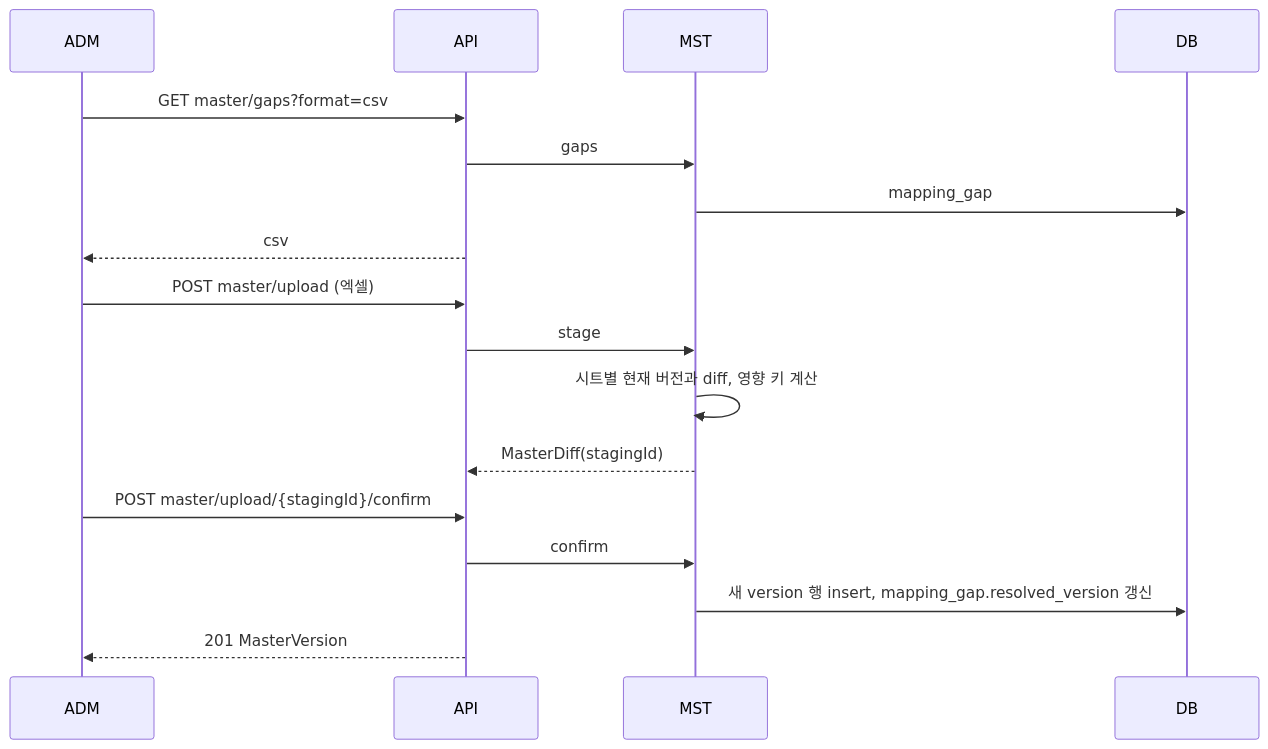
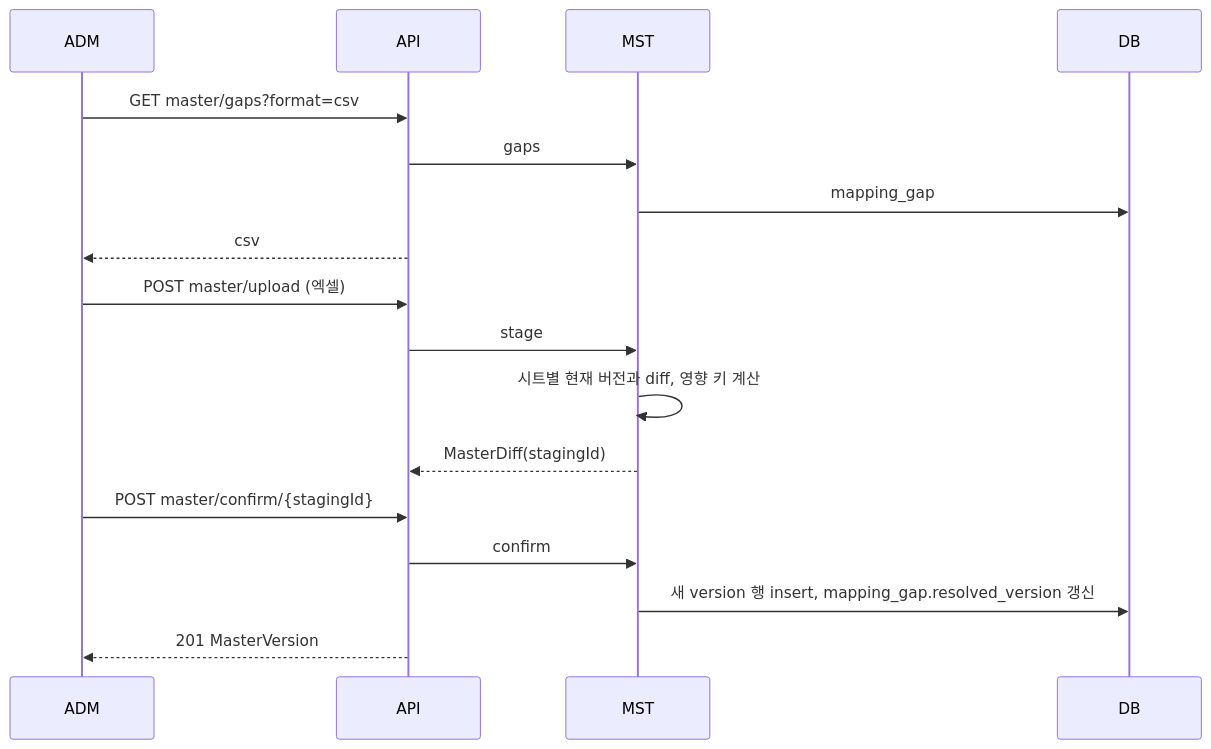
The ninth of 10 diagrams in docs/specs/09-SEQ/TBL-SEQ-001.md (HoyoungParkme/tableau_platform), drawn with Mermaid before and after one commit. The commit also changed other lines of this file, not shown here.

Commit message:
SEQ-9 마스터 확정 경로를 API 확정본에 맞춤 API 문서에서 확정 경로가 confirm/{stagingId}로 바뀌어 다이어그램 문구를 맞췄다. 대응표 API 열에 실제 항목 참조를 넣었다.

````diff
--- a/docs/specs/09-SEQ/TBL-SEQ-001.md
+++ b/docs/specs/09-SEQ/TBL-SEQ-001.md
@@ -282,19 +282,19 @@
 ```mermaid
 sequenceDiagram
   participant ADM
   participant API
   participant MST
   participant DB
   ADM->>API: GET master/gaps?format=csv
   API->>MST: gaps
   MST->>DB: mapping_gap
   API-->>ADM: csv
   ADM->>API: POST master/upload (엑셀)
   API->>MST: stage
   MST->>MST: 시트별 현재 버전과 diff, 영향 키 계산
   MST-->>API: MasterDiff(stagingId)
-  ADM->>API: POST master/upload/{stagingId}/confirm
+  ADM->>API: POST master/confirm/{stagingId}
   API->>MST: confirm
   MST->>DB: 새 version 행 insert, mapping_gap.resolved_version 갱신
   API-->>ADM: 201 MasterVersion
 ```
````
